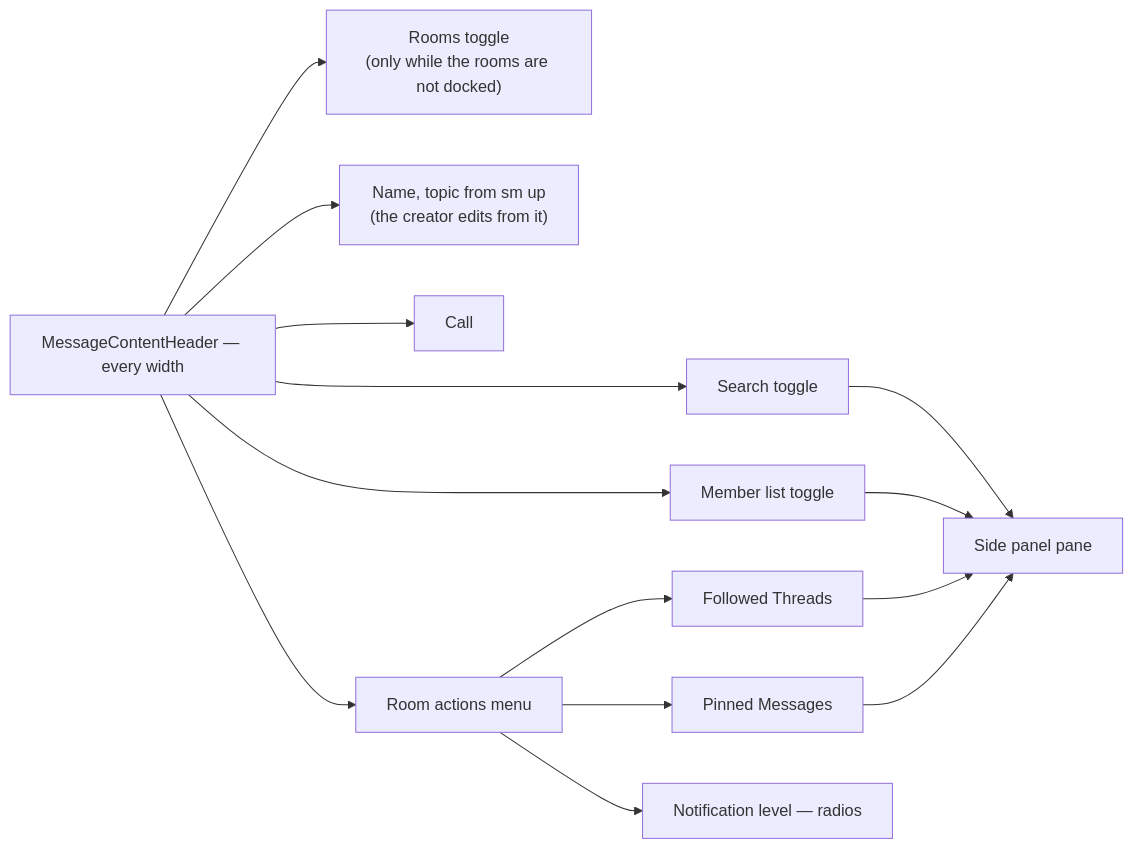
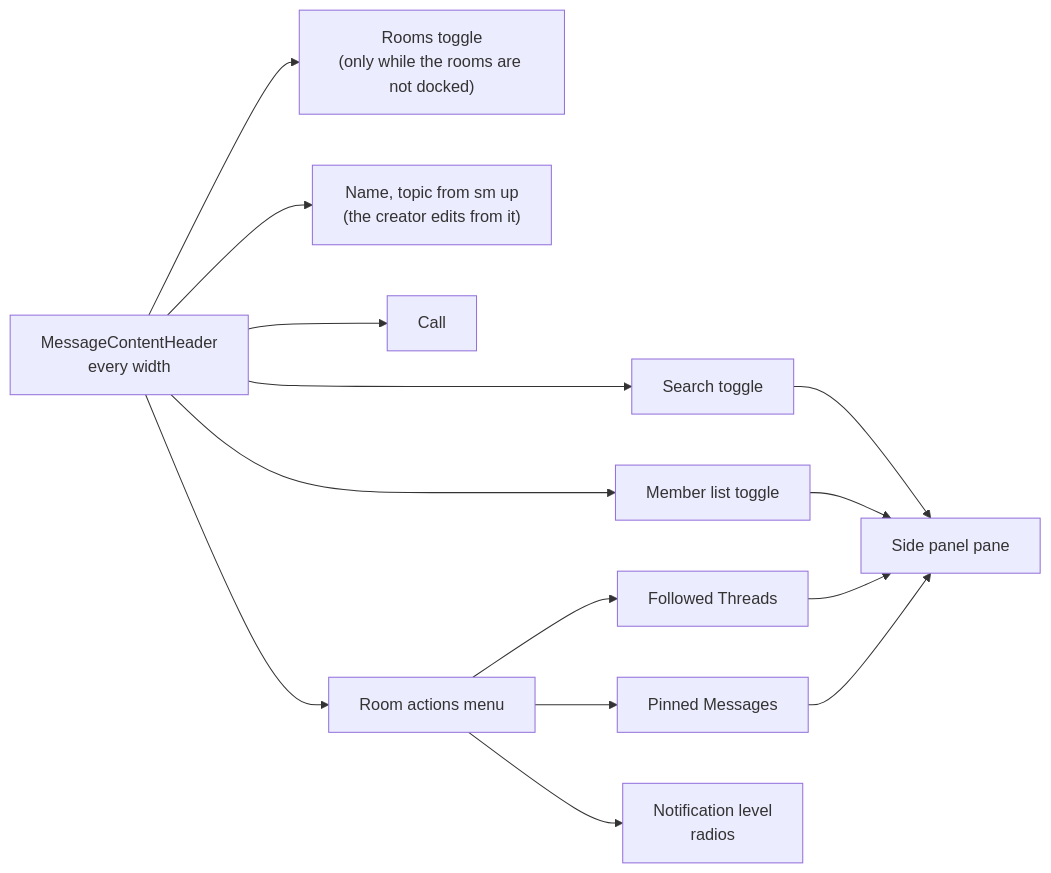
Before and after one commit to Esposter/Esposter: the second of 2 diagrams in openspec/specs/esbabbler/room-ui/design.md, drawn with Mermaid. The commit also changed other lines of this file and 10 other files, not shown here.

````diff
--- a/openspec/specs/esbabbler/room-ui/design.md
+++ b/openspec/specs/esbabbler/room-ui/design.md
@@ -58,13 +58,13 @@
 ```mermaid
 flowchart LR
-  header["MessageContentHeader — every width"]
+  header["MessageContentHeader<br/>every width"]
   header --> rooms["Rooms toggle<br/>(only while the rooms are not docked)"]
   header --> name["Name, topic from sm up<br/>(the creator edits from it)"]
   header --> call["Call"]
   header --> search["Search toggle"] --> panel["Side panel pane"]
   header --> members["Member list toggle"] --> panel
   header --> overflow["Room actions menu"]
   overflow --> threads["Followed Threads"] --> panel
   overflow --> pinned["Pinned Messages"] --> panel
-  overflow --> level["Notification level — radios"]
+  overflow --> level["Notification level<br/>radios"]
 ```
````
